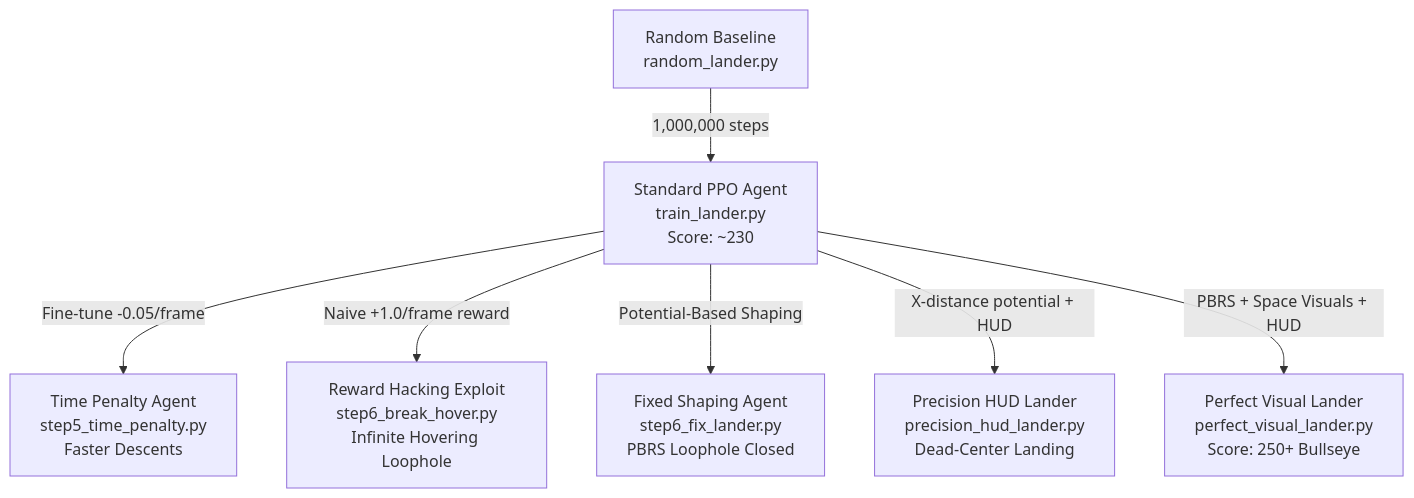
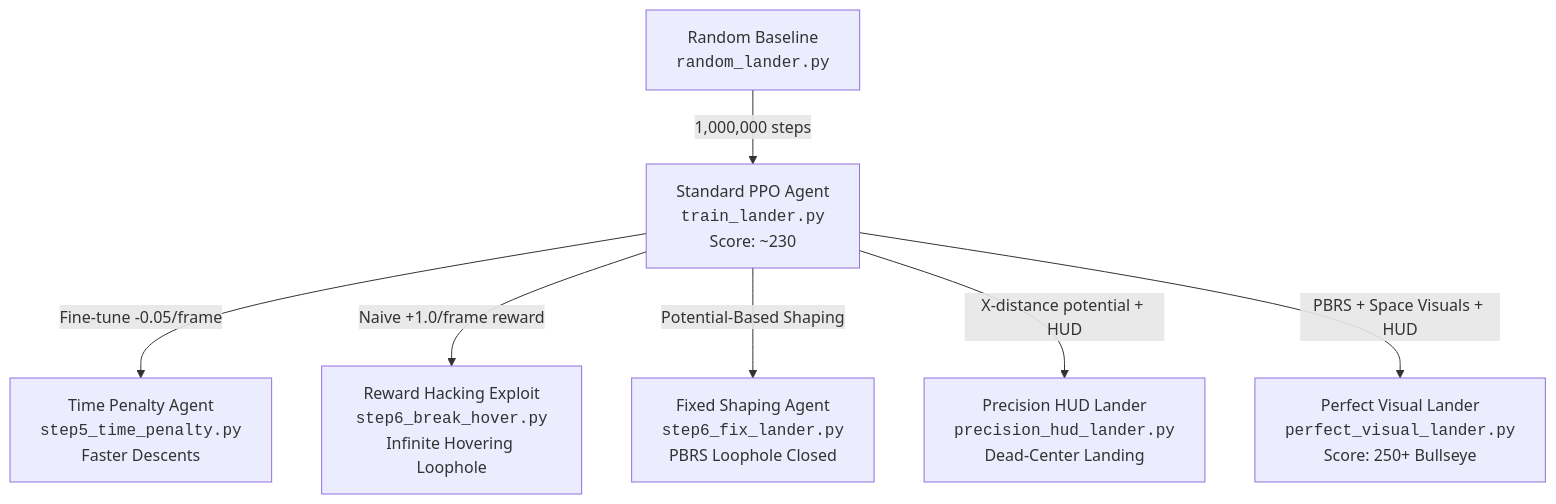
One commit to Rahul006-max/lunar-lander-reward-shaping changed the diagram in README.md. Above: the diagram before and after it, drawn with Mermaid. The commit also changed other lines of this file and 3 other files, not shown here.

Commit message:
docs: embed space lander video demo in README and update structure

````diff
--- a/README.md
+++ b/README.md
@@ -46,9 +57,9 @@
 ```mermaid
 flowchart TD
-    A[Random Baseline<br>random_lander.py] -->|1,000,000 steps| B[Standard PPO Agent<br>train_lander.py<br>Score: ~230]
-    B -->|Fine-tune -0.05/frame| C[Time Penalty Agent<br>step5_time_penalty.py<br>Faster Descents]
-    B -->|Naive +1.0/frame reward| D[Reward Hacking Exploit<br>step6_break_hover.py<br>Infinite Hovering Loophole]
-    B -->|Potential-Based Shaping| E[Fixed Shaping Agent<br>step6_fix_lander.py<br>PBRS Loophole Closed]
-    B -->|X-distance potential + HUD| F[Precision HUD Lander<br>precision_hud_lander.py<br>Dead-Center Landing]
-    B -->|PBRS + Space Visuals + HUD| G[Perfect Visual Lander<br>perfect_visual_lander.py<br>Score: 250+ Bullseye]
+    A["Random Baseline<br><code>random_lander.py</code>"] -->|"1,000,000 steps"| B["Standard PPO Agent<br><code>train_lander.py</code><br>Score: ~230"]
+    B -->|"Fine-tune -0.05/frame"| C["Time Penalty Agent<br><code>step5_time_penalty.py</code><br>Faster Descents"]
+    B -->|"Naive +1.0/frame reward"| D["Reward Hacking Exploit<br><code>step6_break_hover.py</code><br>Infinite Hovering Loophole"]
+    B -->|"Potential-Based Shaping"| E["Fixed Shaping Agent<br><code>step6_fix_lander.py</code><br>PBRS Loophole Closed"]
+    B -->|"X-distance potential + HUD"| F["Precision HUD Lander<br><code>precision_hud_lander.py</code><br>Dead-Center Landing"]
+    B -->|"PBRS + Space Visuals + HUD"| G["Perfect Visual Lander<br><code>perfect_visual_lander.py</code><br>Score: 250+ Bullseye"]
 ```
````
